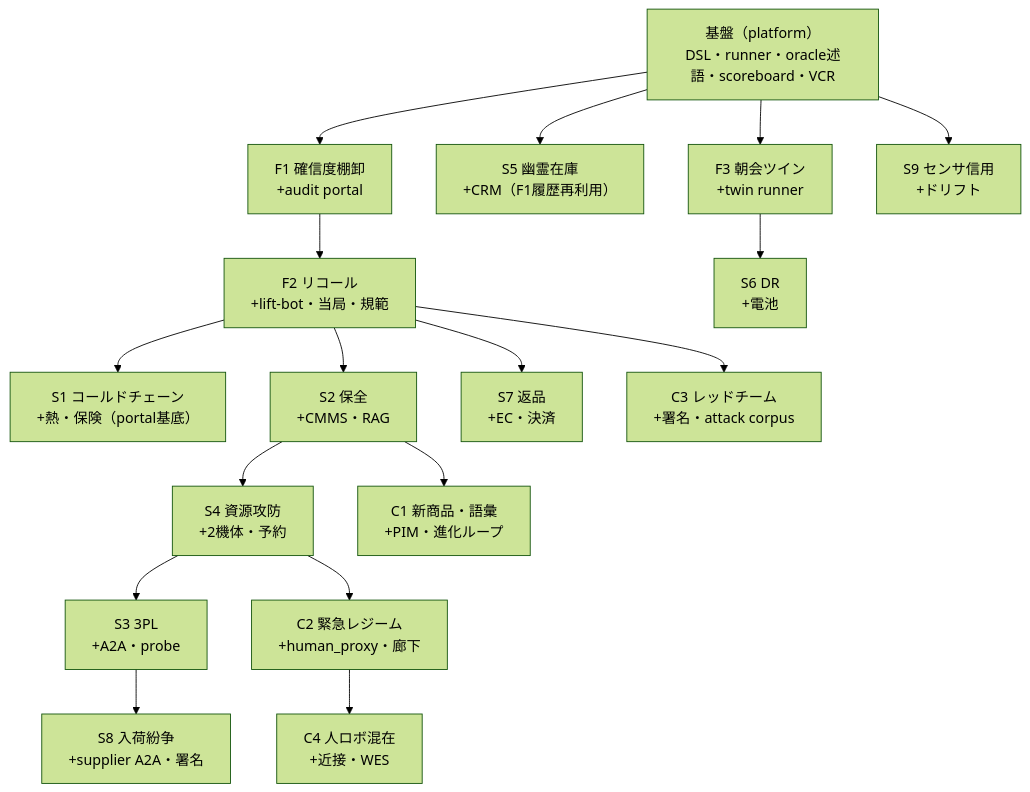
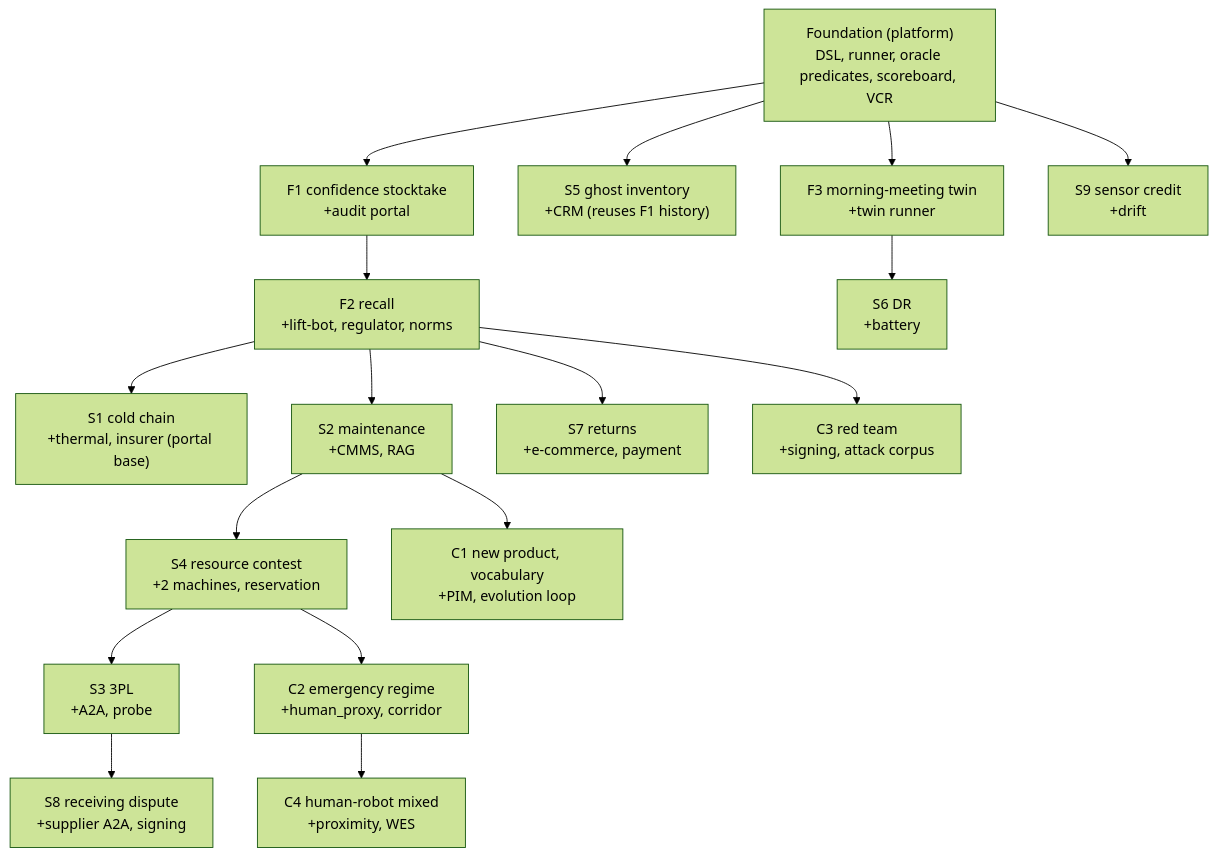
The diagram in Musubi/SCENARIOS.md (shibuiwilliam/robotics-experiments), drawn with Mermaid (forest theme) before and after one commit. The commit also changed other lines of this file and 2 other files, not shown here.

````diff
--- a/Musubi/SCENARIOS.md
+++ b/Musubi/SCENARIOS.md
@@ -450,21 +450,21 @@
 ```mermaid
 flowchart TD
-    BASE["基盤（platform）<br/>DSL・runner・oracle述語・scoreboard・VCR"]
-    BASE --> F1["F1 確信度棚卸<br/>+audit portal"]
-    BASE --> S5["S5 幽霊在庫<br/>+CRM（F1履歴再利用）"]
-    BASE --> F3["F3 朝会ツイン<br/>+twin runner"]
-    F1 --> F2["F2 リコール<br/>+lift-bot・当局・規範"]
-    F2 --> S1["S1 コールドチェーン<br/>+熱・保険（portal基底）"]
-    F2 --> S2["S2 保全<br/>+CMMS・RAG"]
-    F2 --> S7["S7 返品<br/>+EC・決済"]
-    F2 --> C3["C3 レッドチーム<br/>+署名・attack corpus"]
-    S2 --> S4["S4 資源攻防<br/>+2機体・予約"]
-    S4 --> S3["S3 3PL<br/>+A2A・probe"]
-    S3 --> S8["S8 入荷紛争<br/>+supplier A2A・署名"]
-    F3 --> S6["S6 DR<br/>+電池"]
-    S4 --> C2["C2 緊急レジーム<br/>+human_proxy・廊下"]
-    C2 --> C4["C4 人ロボ混在<br/>+近接・WES"]
-    S2 --> C1["C1 新商品・語彙<br/>+PIM・進化ループ"]
-    S9["S9 センサ信用<br/>+ドリフト"]
+    BASE["Foundation (platform)<br/>DSL, runner, oracle predicates, scoreboard, VCR"]
+    BASE --> F1["F1 confidence stocktake<br/>+audit portal"]
+    BASE --> S5["S5 ghost inventory<br/>+CRM (reuses F1 history)"]
+    BASE --> F3["F3 morning-meeting twin<br/>+twin runner"]
+    F1 --> F2["F2 recall<br/>+lift-bot, regulator, norms"]
+    F2 --> S1["S1 cold chain<br/>+thermal, insurer (portal base)"]
+    F2 --> S2["S2 maintenance<br/>+CMMS, RAG"]
+    F2 --> S7["S7 returns<br/>+e-commerce, payment"]
+    F2 --> C3["C3 red team<br/>+signing, attack corpus"]
+    S2 --> S4["S4 resource contest<br/>+2 machines, reservation"]
+    S4 --> S3["S3 3PL<br/>+A2A, probe"]
+    S3 --> S8["S8 receiving dispute<br/>+supplier A2A, signing"]
+    F3 --> S6["S6 DR<br/>+battery"]
+    S4 --> C2["C2 emergency regime<br/>+human_proxy, corridor"]
+    C2 --> C4["C4 human-robot mixed<br/>+proximity, WES"]
+    S2 --> C1["C1 new product, vocabulary<br/>+PIM, evolution loop"]
+    S9["S9 sensor credit<br/>+drift"]
     BASE --> S9
 ```
````
